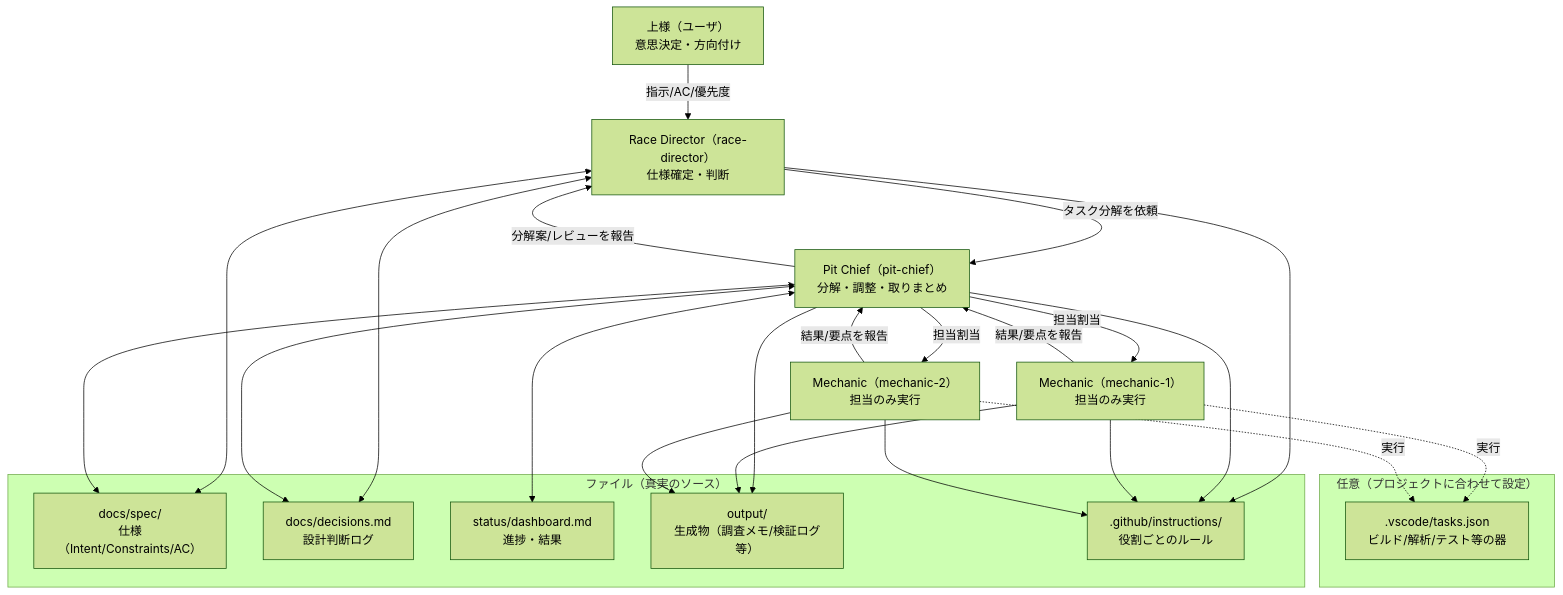
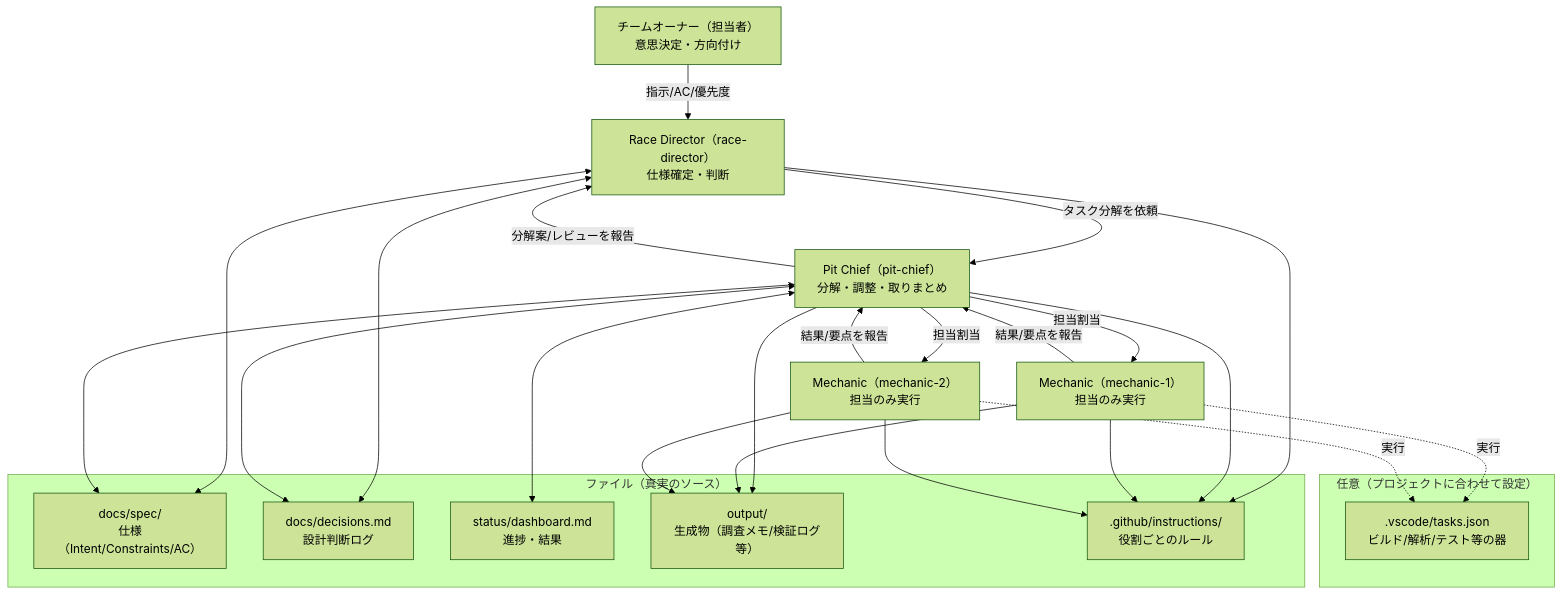
The diagram in README.md (Yosuke-Hayakawa/BaseSystem_YpVer), drawn with Mermaid (forest theme) before and after one commit. The commit also changed other lines of this file and 22 other files, not shown here.

````diff
--- a/README.md
+++ b/README.md
@@ -15,37 +15,37 @@
 ```mermaid
 flowchart TB
-	U[上様（ユーザ）\n意思決定・方向付け] -->|指示/AC/優先度| S[Race Director（race-director）\n仕様確定・判断]
+	U[チームオーナー（担当者）\n意思決定・方向付け] -->|指示/AC/優先度| S[Race Director（race-director）\n仕様確定・判断]
 	S -->|タスク分解を依頼| K[Pit Chief（pit-chief）\n分解・調整・取りまとめ]
 	K -->|担当割当| A1[Mechanic（mechanic-1）\n担当のみ実行]
 	K -->|担当割当| A2[Mechanic（mechanic-2）\n担当のみ実行]
 	A1 -->|結果/要点を報告| K
 	A2 -->|結果/要点を報告| K
 	K -->|分解案/レビューを報告| S
 
 	subgraph Files[ファイル（真実のソース）]
 		SPEC[docs/spec/\n仕様（Intent/Constraints/AC）]
 		DEC[docs/decisions.md\n設計判断ログ]
 		DASH[status/dashboard.md\n進捗・結果]
 		OUT[output/\n生成物（調査メモ/検証ログ等）]
 		INS[.github/instructions/\n役割ごとのルール]
 	end
 
 	S <--> SPEC
 	K <--> SPEC
 	S <--> DEC
 	K <--> DEC
 	K <--> DASH
 	K --> OUT
 	A1 --> OUT
 	A2 --> OUT
 	S --> INS
 	K --> INS
 	A1 --> INS
 	A2 --> INS
 
 	subgraph Optional[任意（プロジェクトに合わせて設定）]
 		T[.vscode/tasks.json\nビルド/解析/テスト等の器]
 	end
 	A1 -. 実行 .-> T
 	A2 -. 実行 .-> T
 ```
````
